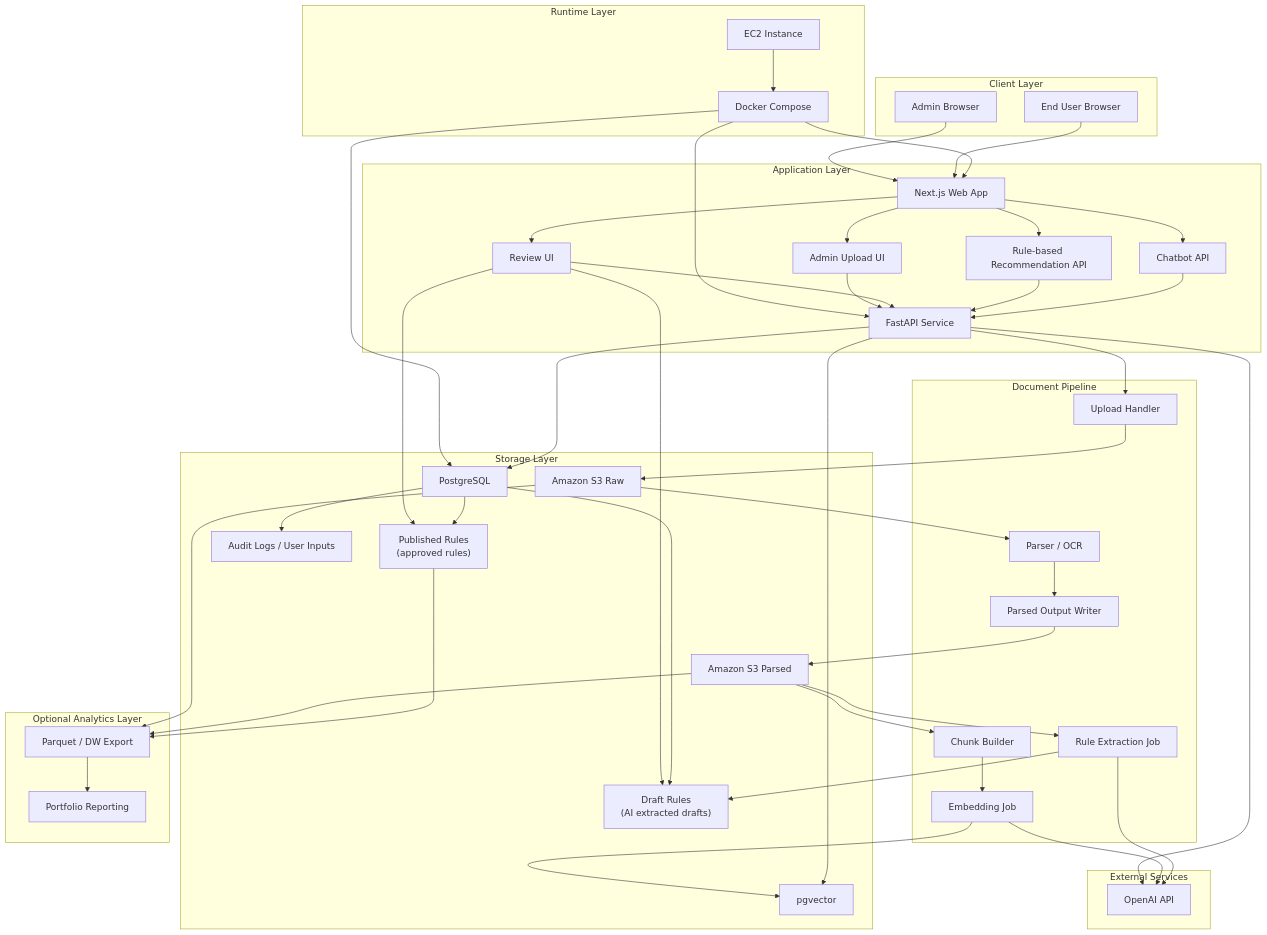
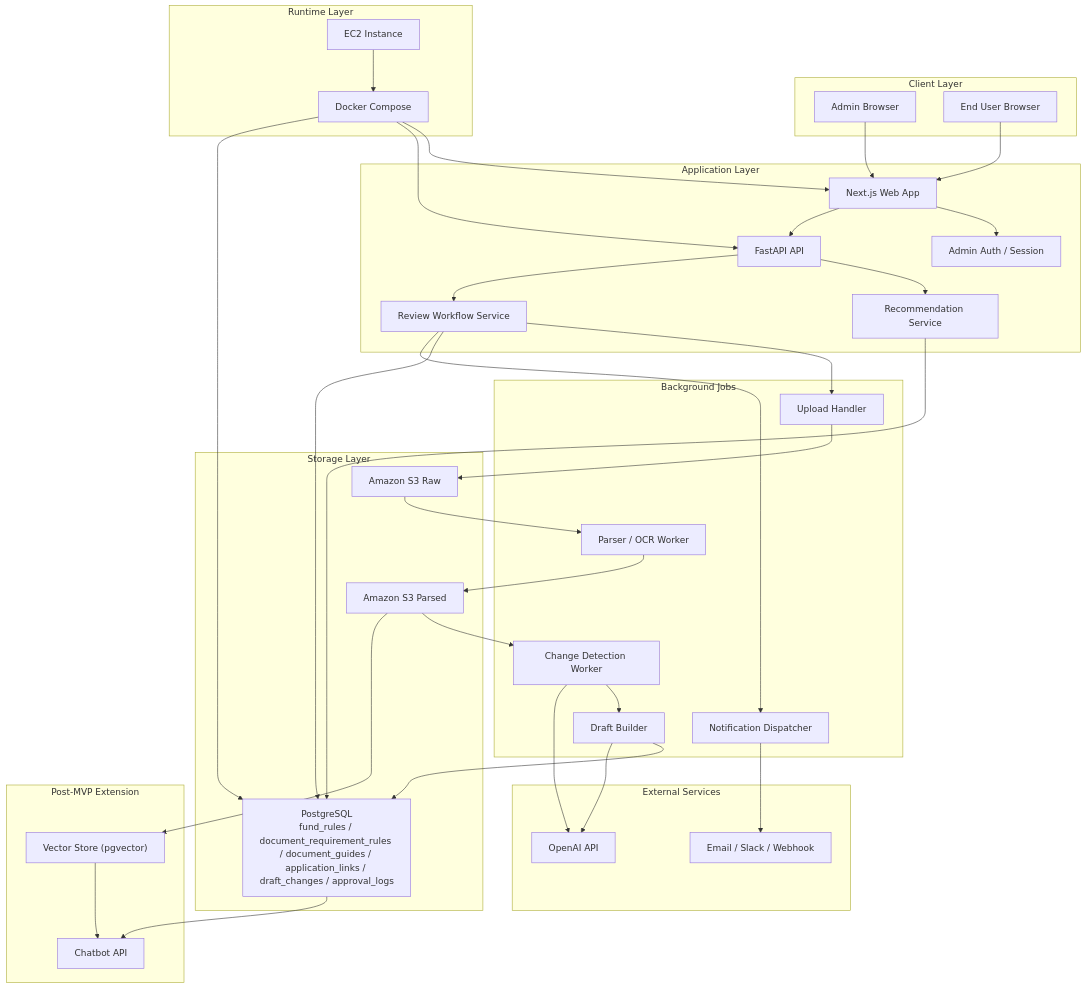
Before and after one commit to meanresult/Government-backed-funding: the diagram in docs/technical-architecture.md, drawn with Mermaid. The commit also changed other lines of this file and 3 other files, not shown here.

````diff
--- a/docs/technical-architecture.md
+++ b/docs/technical-architecture.md
@@ -28,39 +42,34 @@
 
     subgraph App["Application Layer"]
         E["Next.js Web App"]
-        F["FastAPI Service"]
-        G["Admin Upload UI"]
-        H["Review UI"]
-        I["Rule-based Recommendation API"]
-        J["Chatbot API"]
+        F["Admin Auth / Session"]
+        G["FastAPI API"]
+        H["Recommendation Service"]
+        I["Review Workflow Service"]
     end
 
-    subgraph Pipeline["Document Pipeline"]
-        K["Upload Handler"]
-        L["Parser / OCR"]
-        M["Parsed Output Writer"]
-        N["Chunk Builder"]
-        O["Embedding Job"]
-        P["Rule Extraction Job"]
+    subgraph Jobs["Background Jobs"]
+        J["Upload Handler"]
+        K["Parser / OCR Worker"]
+        L["Change Detection Worker"]
+        M["Draft Builder"]
+        N["Notification Dispatcher"]
     end
 
     subgraph Storage["Storage Layer"]
-        Q["Amazon S3 Raw"]
-        R["Amazon S3 Parsed"]
-        S["PostgreSQL"]
-        T["Published Rules<br/>(approved rules)"]
-        U["Draft Rules<br/>(AI extracted drafts)"]
-        V["Audit Logs / User Inputs"]
-        W["pgvector"]
+        O["Amazon S3 Raw"]
+        P["Amazon S3 Parsed"]
+        Q["PostgreSQL<br/>fund_rules / document_requirement_rules / document_guides / application_links / draft_changes / approval_logs"]
     end
 
     subgraph External["External Services"]
-        X["OpenAI API"]
+        R["OpenAI API"]
+        S["Email / Slack / Webhook"]
     end
 
-    subgraph Analytics["Optional Analytics Layer"]
-        Y["Parquet / DW Export"]
-        Z["Portfolio Reporting"]
+    subgraph Future["Post-MVP Extension"]
+        T["Chatbot API"]
+        U["Vector Store (pgvector)"]
     end
 
     A --> E
@@ -68,46 +77,30 @@
 
     C --> D
     D --> E
-    D --> F
-    D --> S
+    D --> G
+    D --> Q
 
+    E --> F
     E --> G
-    E --> H
-    E --> I
-    E --> J
+    G --> H
+    G --> I
 
-    G --> F
-    H --> F
-    I --> F
-    J --> F
+    I --> J
+    J --> O
+    O --> K
+    K --> P
+    P --> L
+    L --> M
+    M --> Q
+    I --> Q
+    I --> N
+    N --> S
 
-    F --> K
-    K --> Q
-    Q --> L
-    L --> M
+    H --> Q
+    L --> R
     M --> R
 
-    R --> N
-    N --> O
-    O --> W
-
-    R --> P
     P --> U
-    H --> U
-    H --> T
-
-    F --> S
-    S --> T
-    S --> U
-    S --> V
-    F --> W
-
-    F --> X
-    O --> X
-    P --> X
-
-    Q --> Y
-    R --> Y
-    T --> Y
-    Y --> Z
+    Q --> T
+    U --> T
 ```
````
